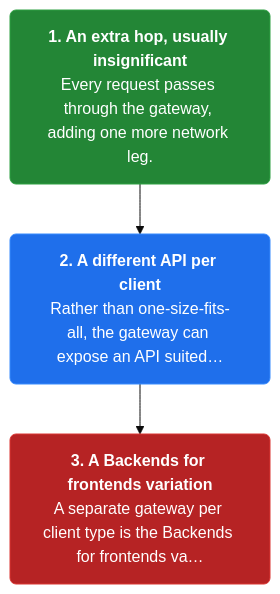
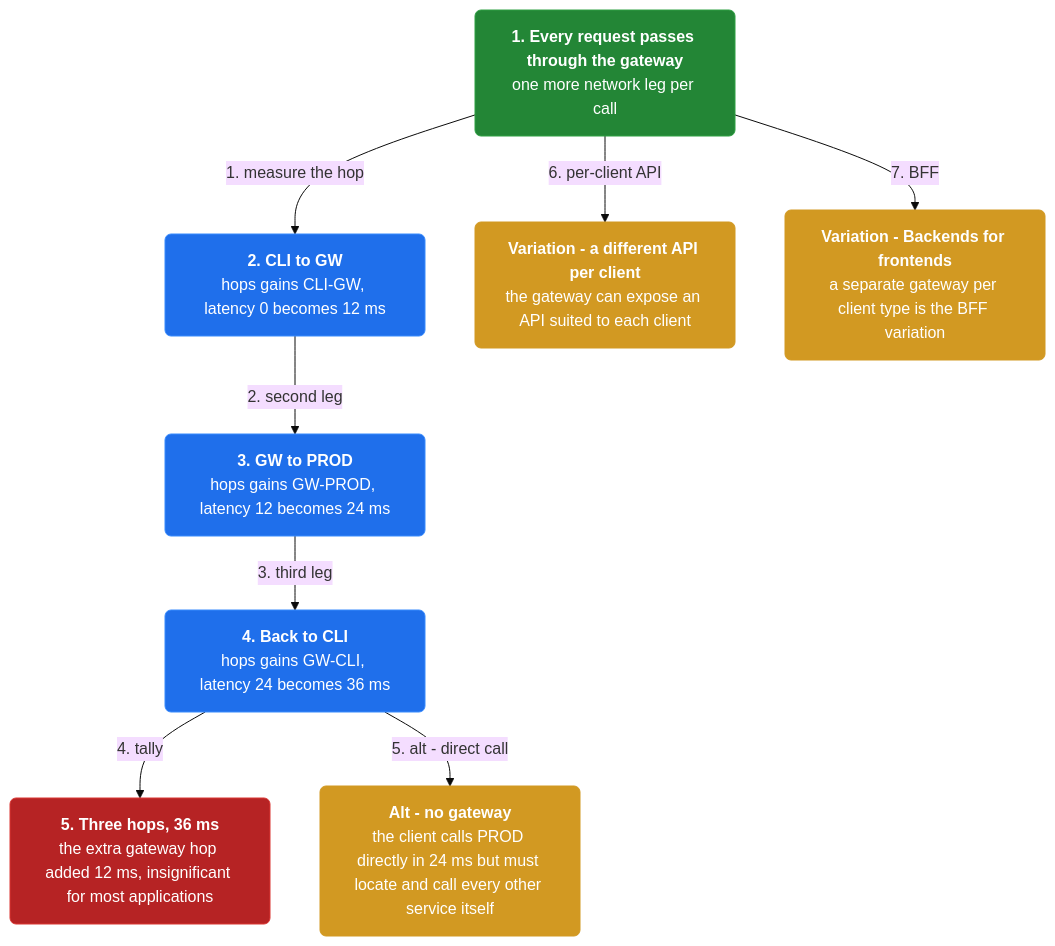
The fourth of 4 diagrams in docs/ch23-api-gateway.md (vinayakuber/microservices-io-study-guide), drawn with Mermaid (base theme) before and after one commit. The commit also changed other lines of this file and 46 other files, not shown here.

First line of the commit message:
Author rich branching flow diagrams for all 44 chapters

````diff
--- a/docs/ch23-api-gateway.md
+++ b/docs/ch23-api-gateway.md
@@ -125,11 +153,23 @@
 ```mermaid
 flowchart TD
-  classDef step fill:#1f6feb,color:#ffffff,stroke:#388bfd,stroke-width:1px,rx:6
+  classDef step fill:#1f6feb,color:#ffffff,stroke:#388bfd,rx:6
+  classDef core fill:#8250df,color:#ffffff,stroke:#8250df,rx:6
+  classDef warn fill:#d29922,color:#ffffff,stroke:#d29922,rx:6
   classDef start fill:#238636,color:#ffffff,stroke:#2ea043,rx:6
   classDef stop fill:#b62324,color:#ffffff,stroke:#da3633,rx:6
-  s3n0["<b>1. An extra hop, usually insignificant</b><br/>Every request passes through the gateway, adding one more network leg."]:::start
-  s3n1["<b>2. A different API per client</b><br/>Rather than one-size-fits-all, the gateway can expose an API suited…"]:::step
-  s3n2["<b>3. A Backends for frontends variation</b><br/>A separate gateway per client type is the Backends for frontends va…"]:::stop
-  s3n0 --> s3n1
-  s3n1 --> s3n2
+  n0["<b>1. Every request passes through the gateway</b><br/>one more network leg per call"]:::start
+  n1["<b>2. CLI to GW</b><br/>hops gains CLI-GW, latency 0 becomes 12 ms"]:::step
+  n2["<b>3. GW to PROD</b><br/>hops gains GW-PROD, latency 12 becomes 24 ms"]:::step
+  n3["<b>4. Back to CLI</b><br/>hops gains GW-CLI, latency 24 becomes 36 ms"]:::step
+  n4["<b>5. Three hops, 36 ms</b><br/>the extra gateway hop added 12 ms, insignificant for most applications"]:::stop
+  n5["<b>Alt - no gateway</b><br/>the client calls PROD directly in 24 ms but must locate and call every other service itself"]:::warn
+  n6["<b>Variation - a different API per client</b><br/>the gateway can expose an API suited to each client"]:::warn
+  n7["<b>Variation - Backends for frontends</b><br/>a separate gateway per client type is the BFF variation"]:::warn
+  n0 -->|"1. measure the hop"| n1
+  n1 -->|"2. second leg"| n2
+  n2 -->|"3. third leg"| n3
+  n3 -->|"4. tally"| n4
+  n3 -->|"5. alt - direct call"| n5
+  n0 -->|"6. per-client API"| n6
+  n0 -->|"7. BFF"| n7
 ```
````
